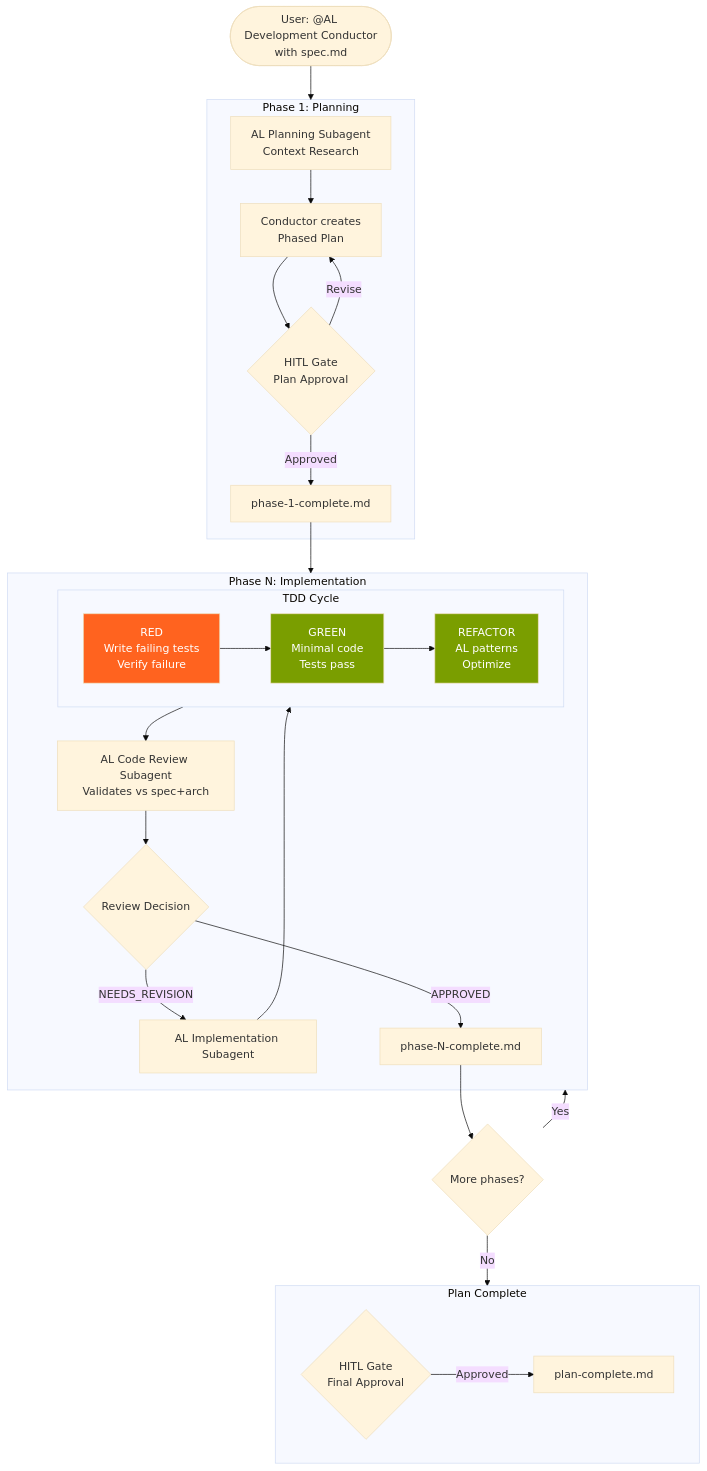
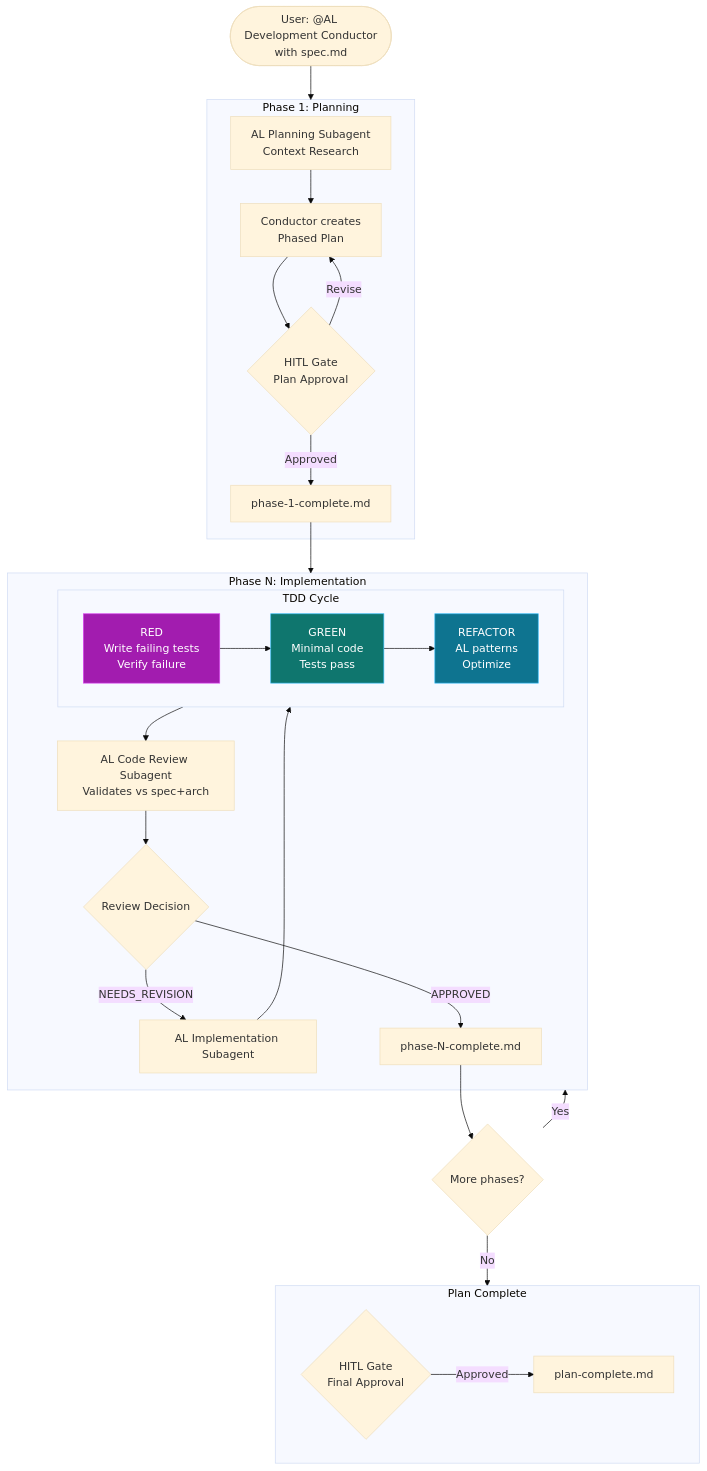
Before and after one commit to javiarmesto/ALDC-AL-Development-Collection: the third of 4 diagrams in docs/framework/ALDC-Architecture-Diagrams.md, drawn with Mermaid (base theme). The commit also changed other lines of this file and 12 other files, not shown here.

````diff
--- a/docs/framework/ALDC-Architecture-Diagrams.md
+++ b/docs/framework/ALDC-Architecture-Diagrams.md
@@ -127,47 +127,47 @@
 ```mermaid
 flowchart TD
     START(["User: @AL Development Conductor\nwith spec.md"]) --> PHASE1
 
     subgraph PHASE1["Phase 1: Planning"]
         P1A[AL Planning Subagent\nContext Research]
         P1B[Conductor creates\nPhased Plan]
         P1C{HITL Gate\nPlan Approval}
         P1D[phase-1-complete.md]
         P1A --> P1B --> P1C
         P1C -->|Approved| P1D
         P1C -->|Revise| P1B
     end
 
     P1D --> PHASE_N
 
     subgraph PHASE_N["Phase N: Implementation"]
         PN1[AL Implementation Subagent]
         subgraph TDD["TDD Cycle"]
             RED["RED\nWrite failing tests\nVerify failure"]
             GREEN["GREEN\nMinimal code\nTests pass"]
             REFACTOR["REFACTOR\nAL patterns\nOptimize"]
             RED --> GREEN --> REFACTOR
         end
         PN2[AL Code Review Subagent\nValidates vs spec+arch]
         PN3{Review Decision}
         PN4[phase-N-complete.md]
 
         PN1 --> TDD --> PN2 --> PN3
         PN3 -->|APPROVED| PN4
         PN3 -->|NEEDS_REVISION| PN1
     end
 
     PN4 --> MORE{More phases?}
     MORE -->|Yes| PHASE_N
     MORE -->|No| COMPLETE
 
     subgraph COMPLETE["Plan Complete"]
         FINAL_HITL{HITL Gate\nFinal Approval}
         PLAN_COMPLETE[plan-complete.md]
         FINAL_HITL -->|Approved| PLAN_COMPLETE
     end
 
-    style RED fill:#ff631f,color:#fff
-    style GREEN fill:#7a9e00,color:#fff
-    style REFACTOR fill:#7a9e00,color:#fff
+    style RED fill:#A21CAF,color:#fff,stroke:#D946EF
+    style GREEN fill:#0F766E,color:#fff,stroke:#38BDF8
+    style REFACTOR fill:#0E7490,color:#fff,stroke:#38BDF8
 ```
````
